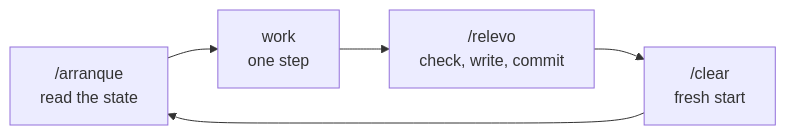
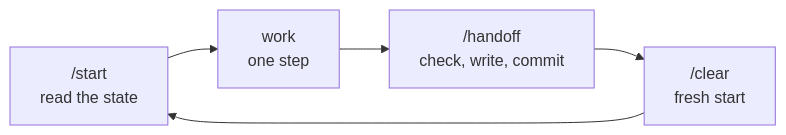
Before and after one commit to juliuspani/from-zero-to-repo: the diagram in docs/start-here.md, drawn with Mermaid. The commit also changed other lines of this file and 20 other files, not shown here.

First line of the commit message:
feat: rename the session commands to /start and /handoff (were /arranque and /relevo), in commands, docs in both languages, Dr. Repo and tests

````diff
--- a/docs/start-here.md
+++ b/docs/start-here.md
@@ -39,7 +39,7 @@
 ```mermaid
 flowchart LR
-    A["/arranque<br/>read the state"] --> B["work<br/>one step"]
-    B --> C["/relevo<br/>check, write, commit"]
+    A["/start<br/>read the state"] --> B["work<br/>one step"]
+    B --> C["/handoff<br/>check, write, commit"]
     C --> D["/clear<br/>fresh start"]
     D --> A
 ```
````
